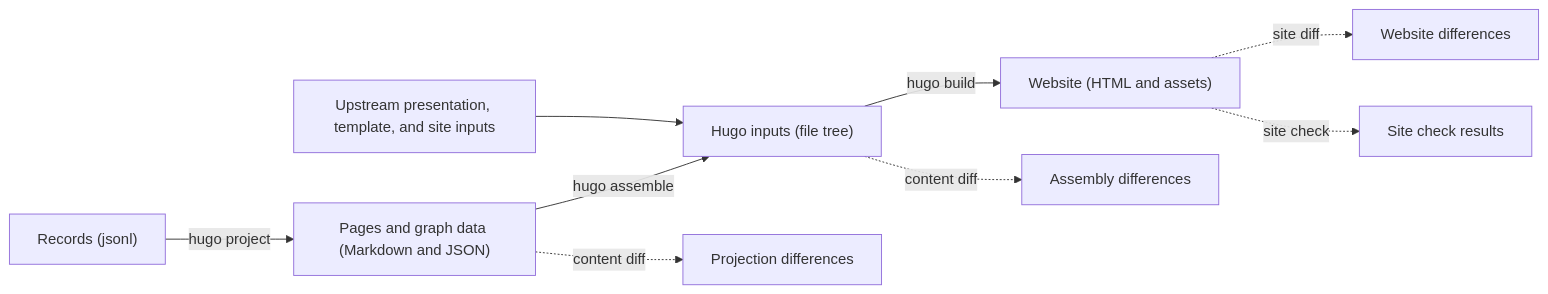
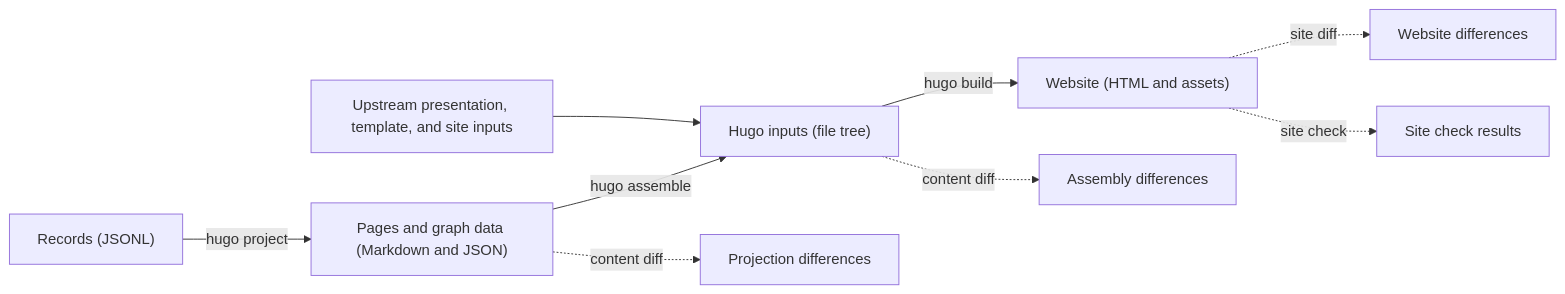
Before and after one commit to ORINOCO-Lite/orinoco-lite-dev: the second of 3 diagrams in packages/diff-review-application/README.md, drawn with Mermaid. The commit also changed other lines of this file and 13 other files, not shown here.

````diff
--- a/packages/diff-review-application/README.md
+++ b/packages/diff-review-application/README.md
@@ -51,11 +96,11 @@
 ```mermaid
 flowchart LR
-  records["Records (jsonl)"] -->|hugo project| projection["Pages and graph data (Markdown and JSON)"]
+  records["Records (JSONL)"] -->|hugo project| projection["Pages and graph data (Markdown and JSON)"]
   projection -->|hugo assemble| assembly["Hugo inputs (file tree)"]
   sources[Upstream presentation, template, and site inputs] --> assembly
   assembly -->|hugo build| website["Website (HTML and assets)"]
   projection -. content diff .-> p[Projection differences]
   assembly -. content diff .-> a[Assembly differences]
   website -. site diff .-> w[Website differences]
   website -. site check .-> checks[Site check results]
 ```
````
